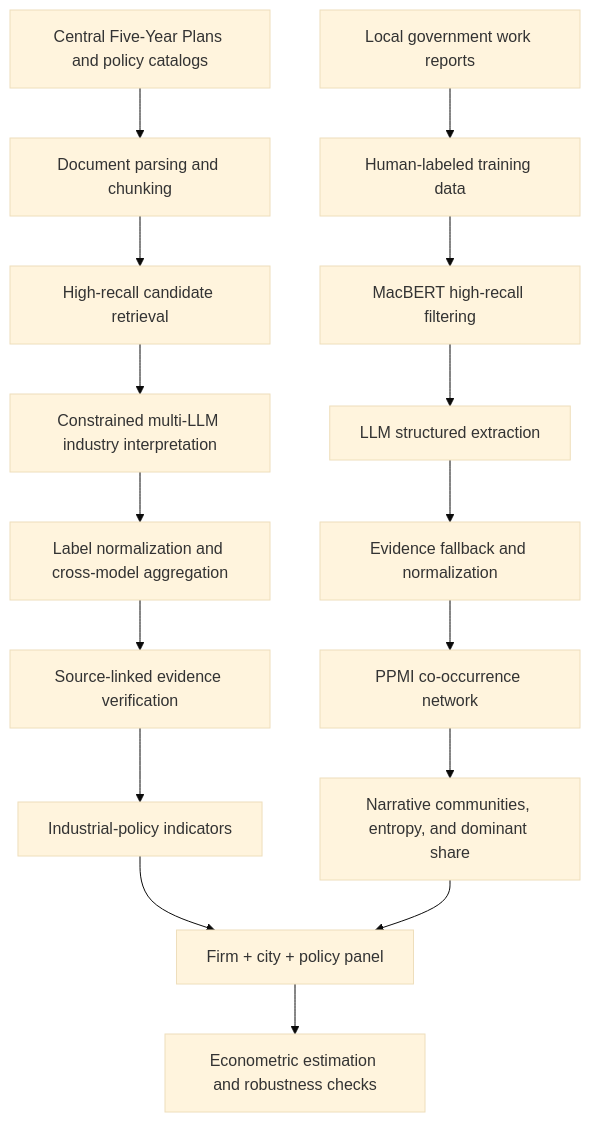
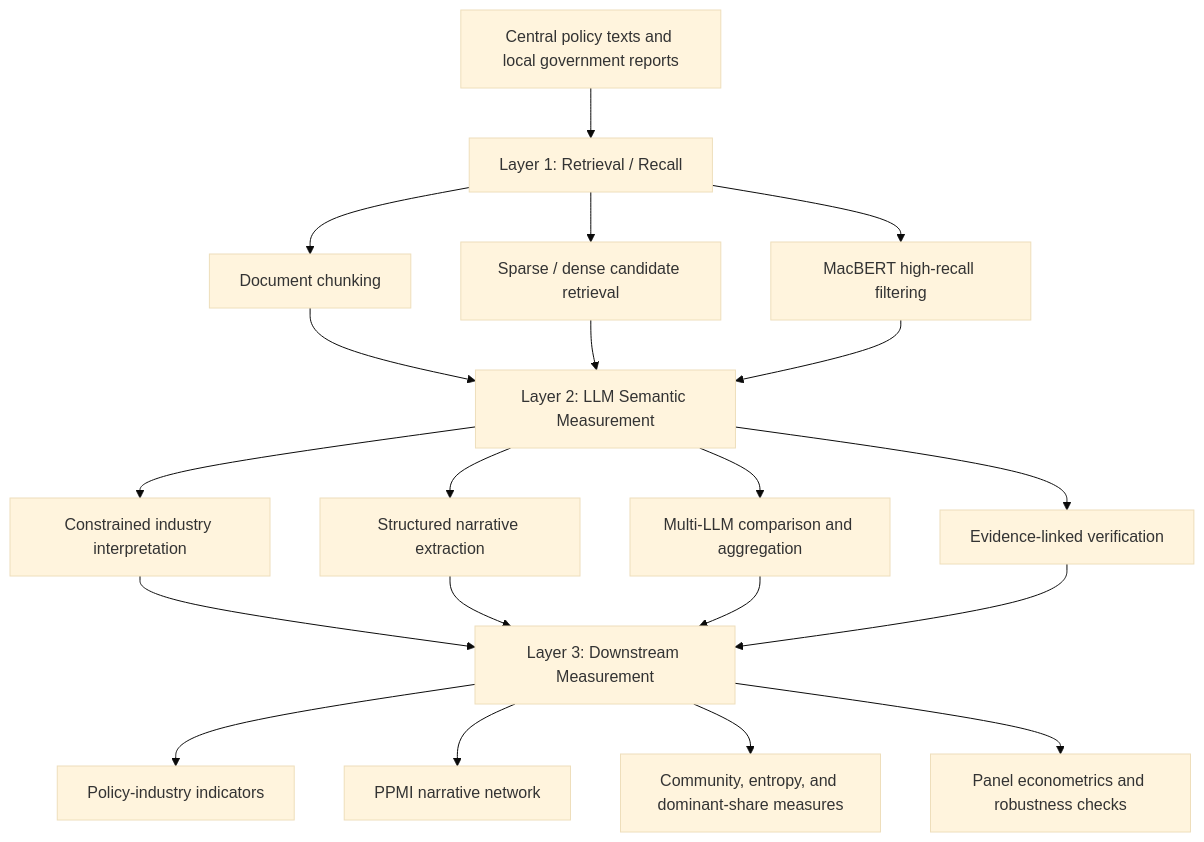
Before and after one commit to xinyangwu98/evidence-grounded-llm-pipeline: the diagram in README.md, drawn with Mermaid (base theme). The commit also changed other lines of this file and 2 other files, not shown here.

Commit message:
Clarify ML and LLM pipeline roles

````diff
--- a/README.md
+++ b/README.md
@@ -19,20 +19,24 @@
 ```mermaid
 flowchart TD
-  A[Central Five-Year Plans and policy catalogs] --> B[Document parsing and chunking]
-  B --> C[High-recall candidate retrieval]
-  C --> D[Constrained multi-LLM industry interpretation]
-  D --> E[Label normalization and cross-model aggregation]
-  E --> F[Source-linked evidence verification]
-  F --> G[Industrial-policy indicators]
+  A[Central policy texts and local government reports] --> B[Layer 1: Retrieval / Recall]
+  B --> B1[Document chunking]
+  B --> B2[Sparse / dense candidate retrieval]
+  B --> B3[MacBERT high-recall filtering]
 
-  H[Local government work reports] --> I[Human-labeled training data]
-  I --> J[MacBERT high-recall filtering]
-  J --> K[LLM structured extraction]
-  K --> L[Evidence fallback and normalization]
-  L --> M[PPMI co-occurrence network]
-  M --> N[Narrative communities, entropy, and dominant share]
+  B1 --> C[Layer 2: LLM Semantic Measurement]
+  B2 --> C
+  B3 --> C
+  C --> C1[Constrained industry interpretation]
+  C --> C2[Structured narrative extraction]
+  C --> C3[Multi-LLM comparison and aggregation]
+  C --> C4[Evidence-linked verification]
 
-  G --> O[Firm + city + policy panel]
-  N --> O
-  O --> P[Econometric estimation and robustness checks]
+  C1 --> D[Layer 3: Downstream Measurement]
+  C2 --> D
+  C3 --> D
+  C4 --> D
+  D --> D1[Policy-industry indicators]
+  D --> D2[PPMI narrative network]
+  D --> D3[Community, entropy, and dominant-share measures]
+  D --> D4[Panel econometrics and robustness checks]
 ```
````
